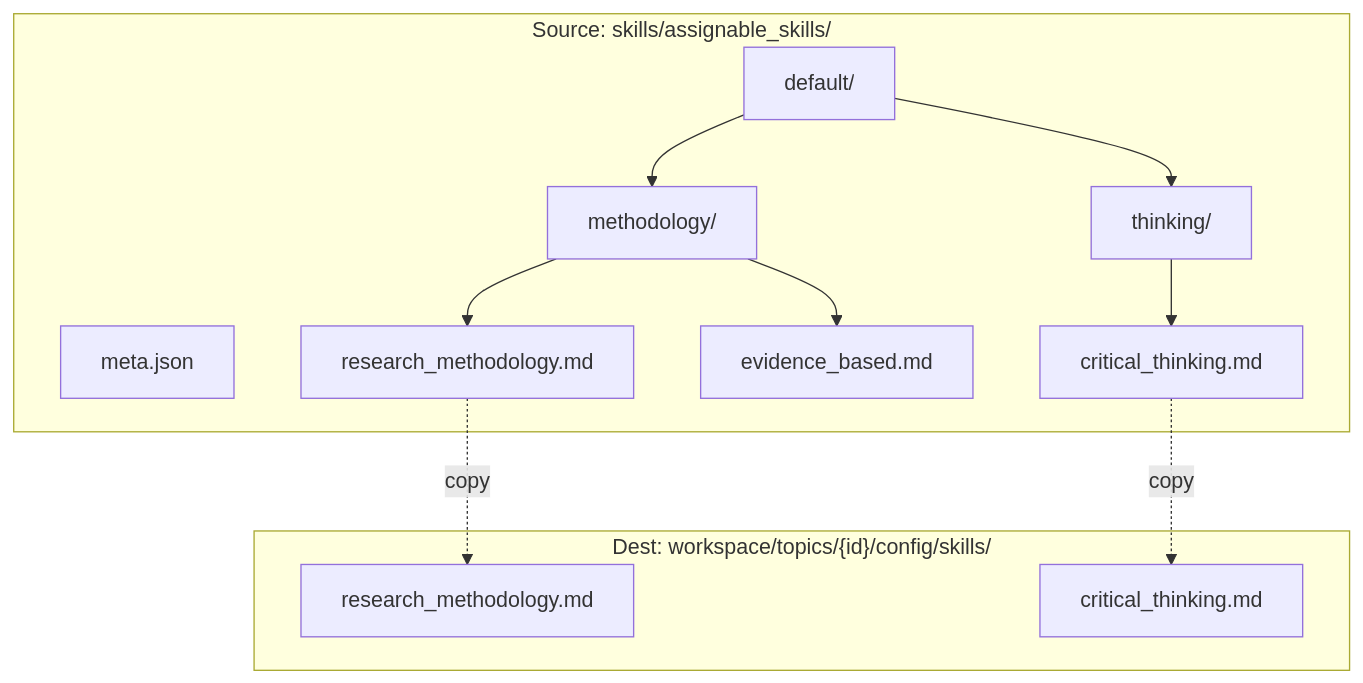
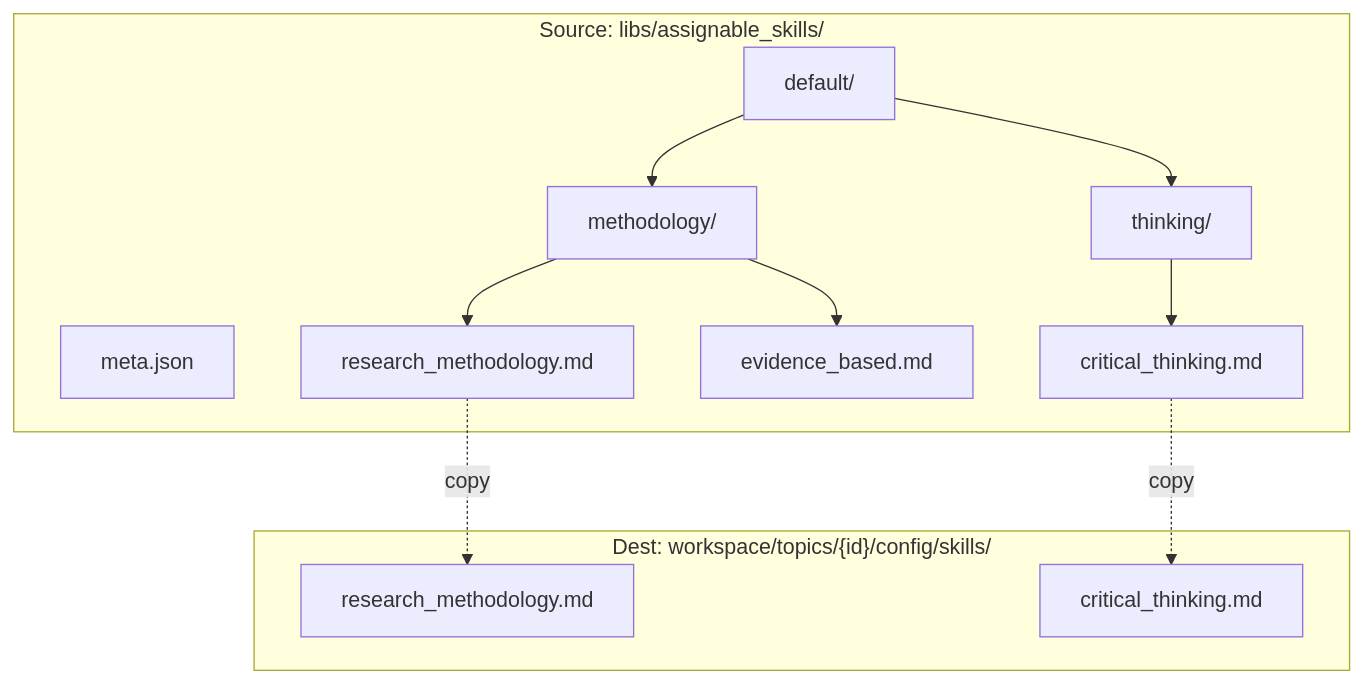
One commit to Oops-maker/Resonnet changed the fourth of 5 diagrams in docs/assignable-skills-flow.md. Above: the diagram before and after it, drawn with Mermaid. The commit also changed 67 other files, not shown here.

First line of the commit message:
feat(libs): Refactor skills and experts structure to unified library format

````diff
--- a/docs/assignable-skills-flow.md
+++ b/docs/assignable-skills-flow.md
@@ -128,25 +128,25 @@
 ```mermaid
 flowchart TB
-    subgraph Src["Source: skills/assignable_skills/"]
+    subgraph Src["Source: libs/assignable_skills/"]
         M[meta.json]
         default[default/]
         methodology[methodology/]
         thinking[thinking/]
         rm[research_methodology.md]
         eb[evidence_based.md]
         ct[critical_thinking.md]
         default --> methodology
         default --> thinking
         methodology --> rm
         methodology --> eb
         thinking --> ct
     end
 
     subgraph Dst["Dest: workspace/topics/{id}/config/skills/"]
         d1[research_methodology.md]
         d2[critical_thinking.md]
     end
 
     rm -.->|copy| d1
     ct -.->|copy| d2
 ```
````
